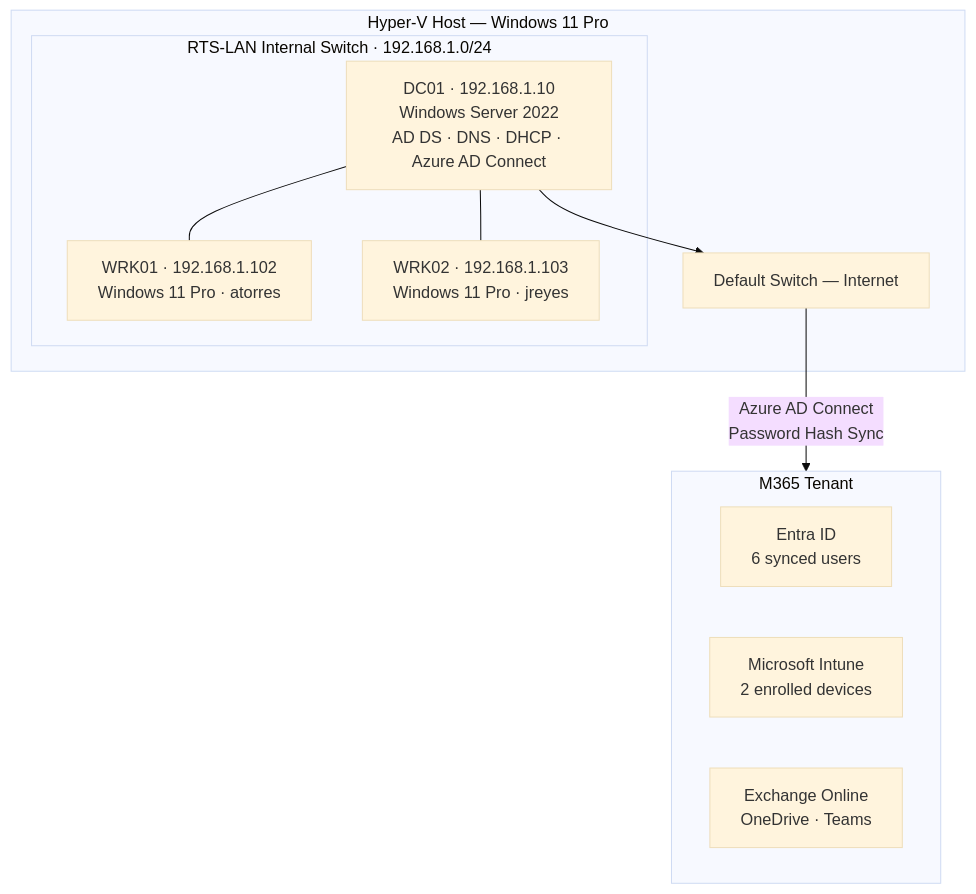
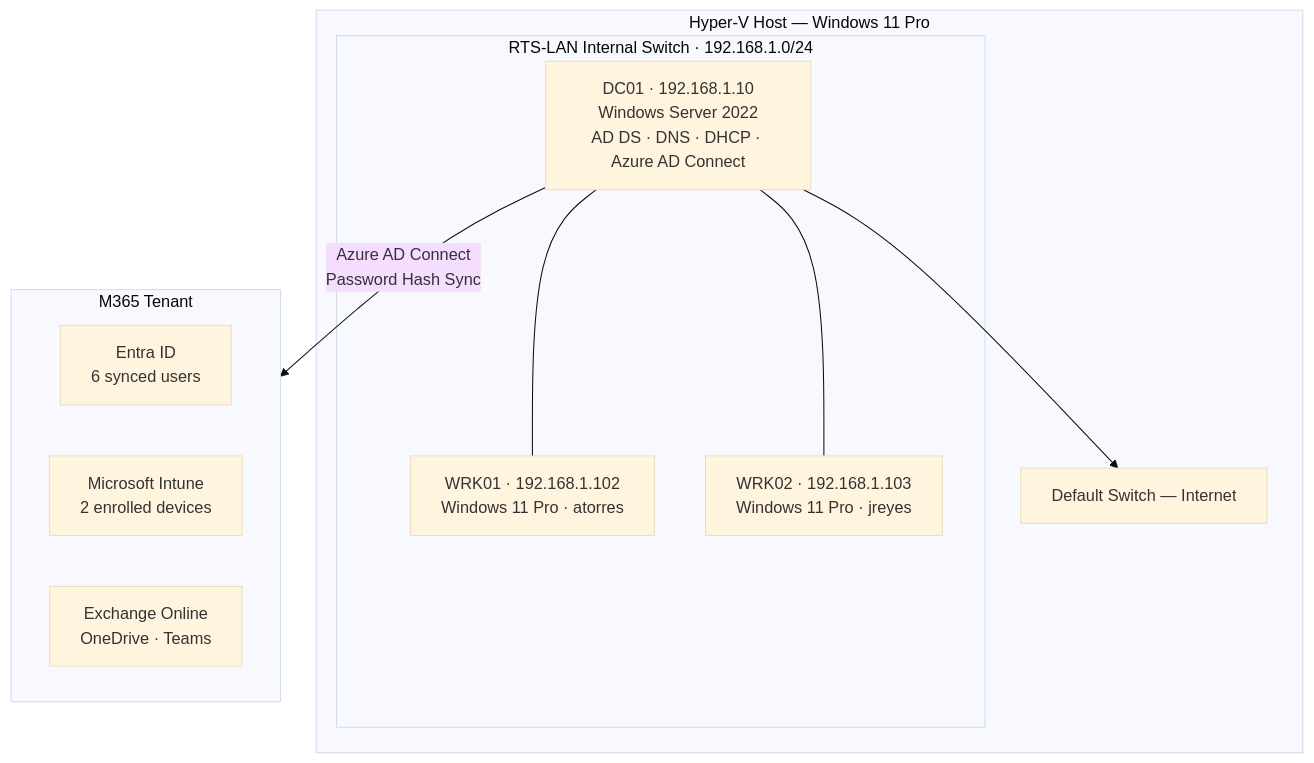
The diagram in README.md (Rblea97/ridgeline-it), drawn with Mermaid (base theme) before and after one commit.

Commit message:
fix: correct Mermaid diagram — AD Connect sync arrow originates from DC01 not Default Switch

````diff
--- a/README.md
+++ b/README.md
@@ -50,22 +50,22 @@
 ```mermaid
 graph TD
     subgraph Host["Hyper-V Host — Windows 11 Pro"]
         subgraph LAN["RTS-LAN Internal Switch · 192.168.1.0/24"]
             DC01["DC01 · 192.168.1.10\nWindows Server 2022\nAD DS · DNS · DHCP · Azure AD Connect"]
             WRK01["WRK01 · 192.168.1.102\nWindows 11 Pro · atorres"]
             WRK02["WRK02 · 192.168.1.103\nWindows 11 Pro · jreyes"]
         end
         DS["Default Switch — Internet"]
     end
 
     subgraph Cloud["M365 Tenant"]
         Entra["Entra ID\n6 synced users"]
         Intune["Microsoft Intune\n2 enrolled devices"]
         M365["Exchange Online\nOneDrive · Teams"]
     end
 
     DC01 --- WRK01
     DC01 --- WRK02
     DC01 --> DS
-    DS -->|"Azure AD Connect\nPassword Hash Sync"| Cloud
+    DC01 -->|"Azure AD Connect\nPassword Hash Sync"| Cloud
 ```
````
